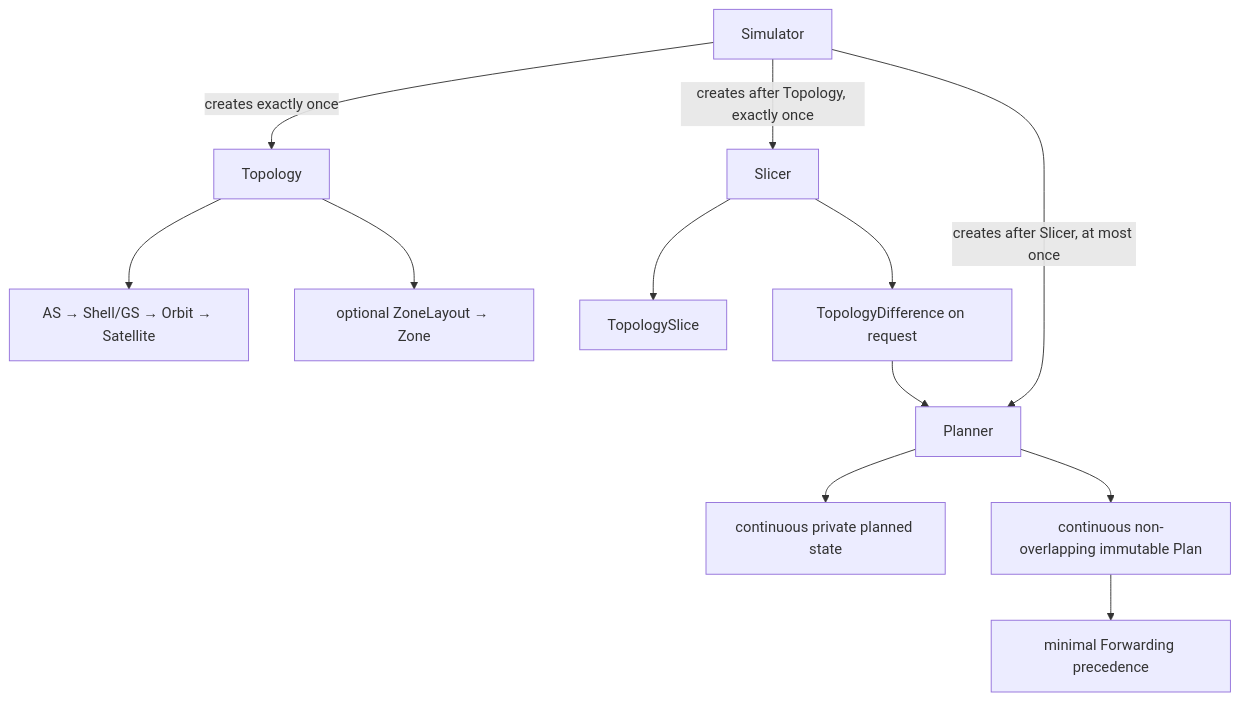
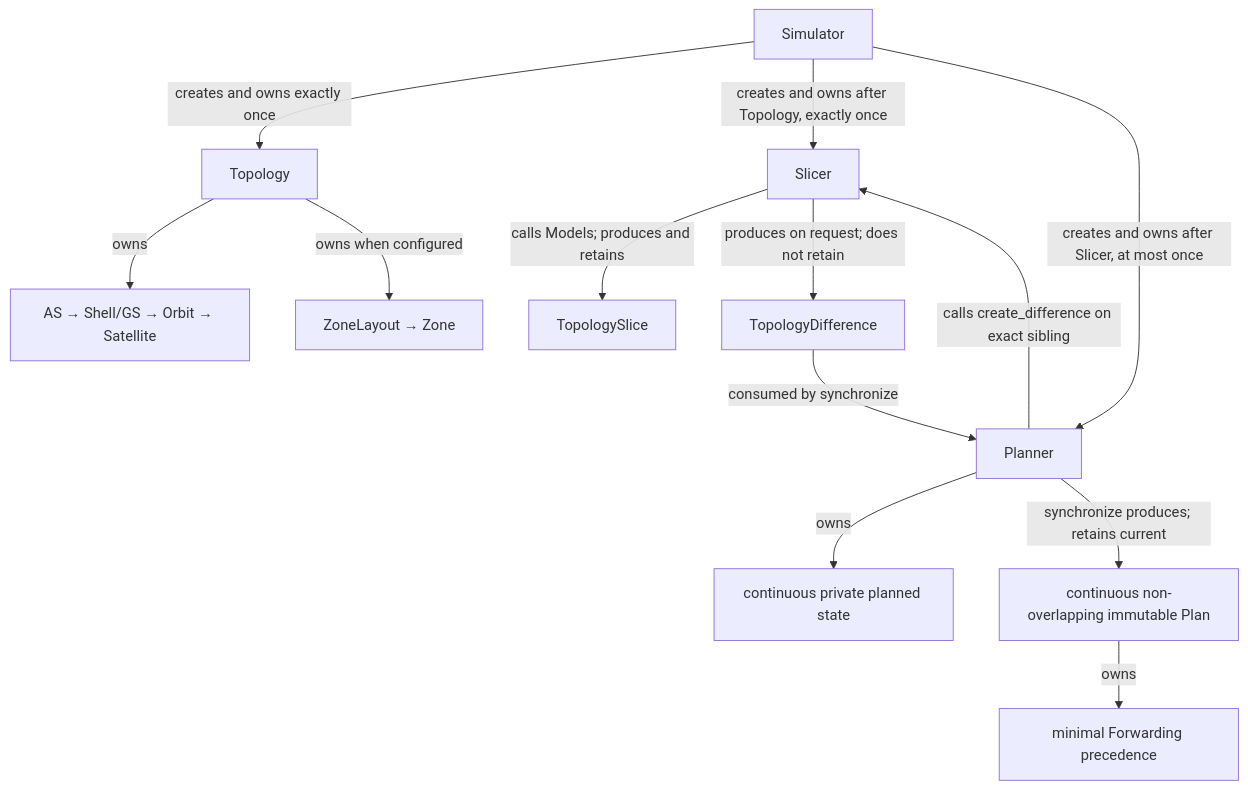
One commit to seed-labs/skyseed changed the first of 2 diagrams in skyseed_v2/docs/human-readable/simulator-chain.md. Above: the diagram before and after it, drawn with Mermaid. The commit also changed other lines of this file and 145 other files, not shown here.

````diff
--- a/skyseed_v2/docs/human-readable/simulator-chain.md
+++ b/skyseed_v2/docs/human-readable/simulator-chain.md
@@ -6,14 +8,15 @@
 ```mermaid
 flowchart TD
-    SIM["Simulator"] -->|creates exactly once| TOP["Topology"]
-    TOP --> OWNER["AS → Shell/GS → Orbit → Satellite"]
-    TOP --> ZL["optional ZoneLayout → Zone"]
-    SIM -->|creates after Topology, exactly once| SLI["Slicer"]
-    SLI --> TS["TopologySlice"]
-    SLI --> DIFF["TopologyDifference on request"]
-    SIM -->|creates after Slicer, at most once| PLA["Planner"]
-    DIFF --> PLA
-    PLA --> STATE["continuous private planned state"]
-    PLA --> PLAN["continuous non-overlapping immutable Plan"]
-    PLAN --> ORDER["minimal Forwarding precedence"]
+    SIM["Simulator"] -->|creates and owns exactly once| TOP["Topology"]
+    TOP -->|owns| OWNER["AS → Shell/GS → Orbit → Satellite"]
+    TOP -->|owns when configured| ZL["ZoneLayout → Zone"]
+    SIM -->|creates and owns after Topology, exactly once| SLI["Slicer"]
+    SIM -->|creates and owns after Slicer, at most once| PLA["Planner"]
+    SLI -->|calls Models; produces and retains| TS["TopologySlice"]
+    PLA -->|calls create_difference on exact sibling| SLI
+    SLI -->|produces on request; does not retain| DIFF["TopologyDifference"]
+    DIFF -->|consumed by synchronize| PLA
+    PLA -->|owns| STATE["continuous private planned state"]
+    PLA -->|synchronize produces; retains current| PLAN["continuous non-overlapping immutable Plan"]
+    PLAN -->|owns| ORDER["minimal Forwarding precedence"]
 ```
````
